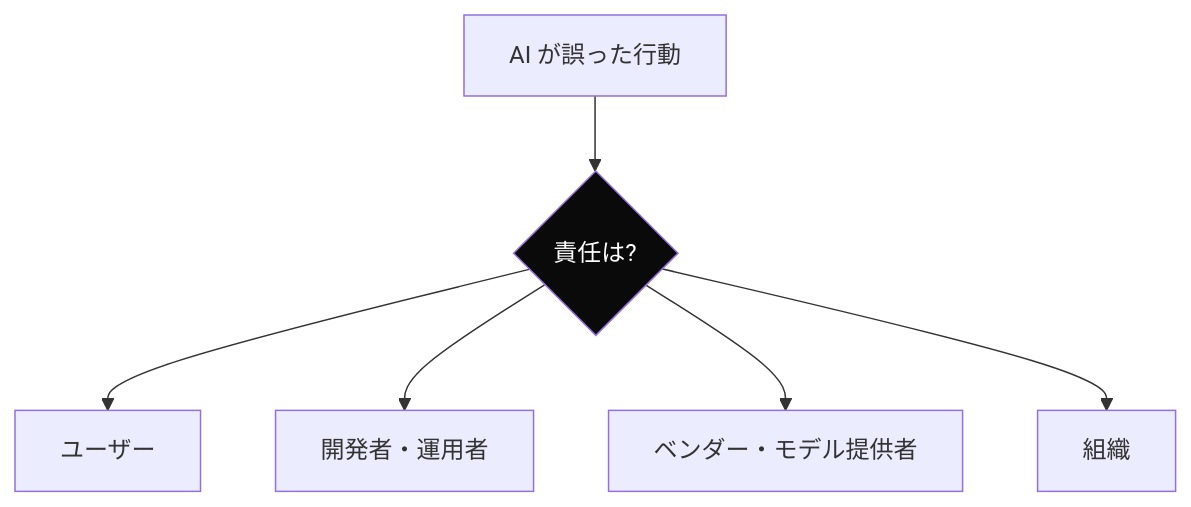
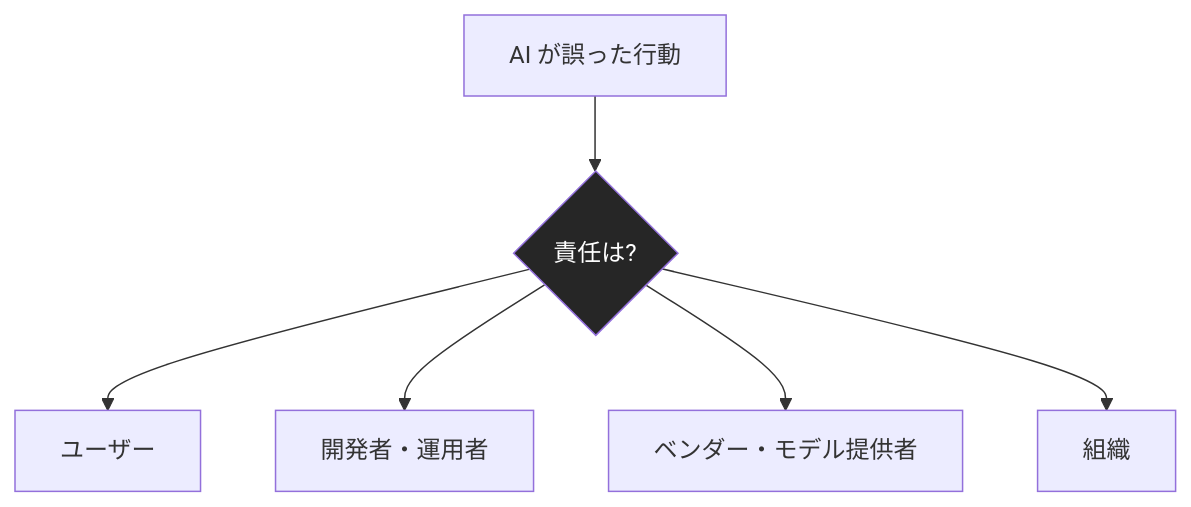
One commit to dinekt/dinekt-wiki changed the second of 3 diagrams in docs/concepts/ai-プロダクトと倫理-7-つの観点.md. Above: the diagram before and after it, drawn with Mermaid. The commit also changed other lines of this file and 71 other files, not shown here.

First line of the commit message:
fix: mermaid readability + remove GitHub repo toolbar

````diff
--- a/docs/concepts/ai-プロダクトと倫理-7-つの観点.md
+++ b/docs/concepts/ai-プロダクトと倫理-7-つの観点.md
@@ -80,10 +80,10 @@
 ```mermaid
 flowchart TD
     E[AI が誤った行動] --> A{責任は?}
     A --> U[ユーザー]
     A --> D[開発者・運用者]
     A --> V[ベンダー・モデル提供者]
     A --> B[組織]
 
-    style A fill:#0a0a0a,color:#fff
+    style A fill:#262626,color:#fff
 ```
````
